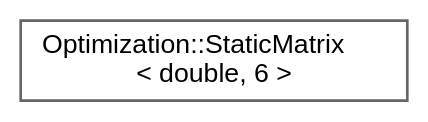
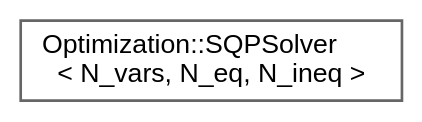
The diagram in inherit_graph_67.dot (jswoo0615/Algorithms_for_Optimization_cpp), drawn with Graphviz before and after one commit. The commit also changed 57 other files, not shown here.

```diff
--- a/inherit_graph_67.dot
+++ b/inherit_graph_67.dot
@@ -1,9 +1,9 @@
 digraph "Graphical Class Hierarchy"
 {
  // LATEX_PDF_SIZE
   bgcolor="transparent";
   edge [fontname=Helvetica,fontsize=10,labelfontname=Helvetica,labelfontsize=10];
   node [fontname=Helvetica,fontsize=10,shape=box,height=0.2,width=0.4];
   rankdir="LR";
-  Node0 [id="Node000000",label="Optimization::StaticMatrix\l\< double, 6 \>",height=0.2,width=0.4,color="grey40", fillcolor="white", style="filled",URL="$classOptimization_1_1StaticMatrix.html",tooltip=" "];
+  Node0 [id="Node000000",label="Optimization::SQPSolver\l\< N_vars, N_eq, N_ineq \>",height=0.2,width=0.4,color="grey40", fillcolor="white", style="filled",URL="$classOptimization_1_1SQPSolver.html",tooltip="SQPSolver 클래스"];
 }
```
